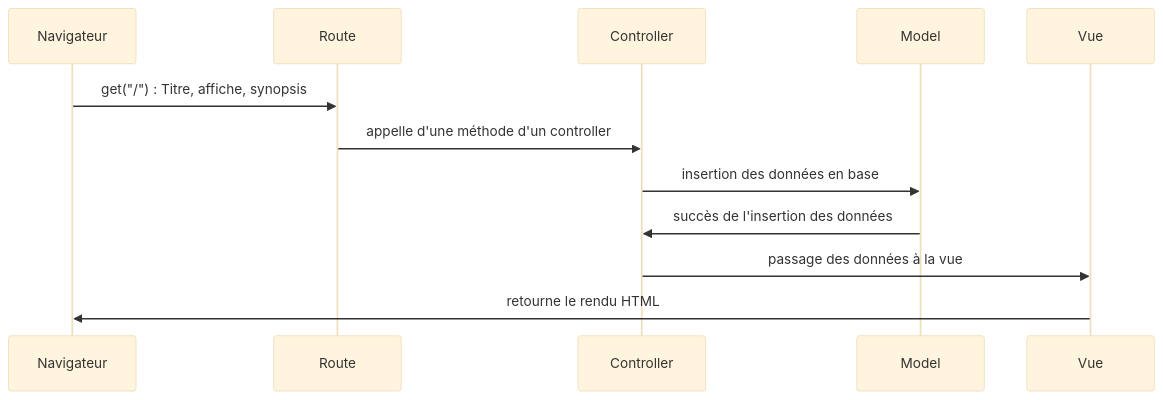
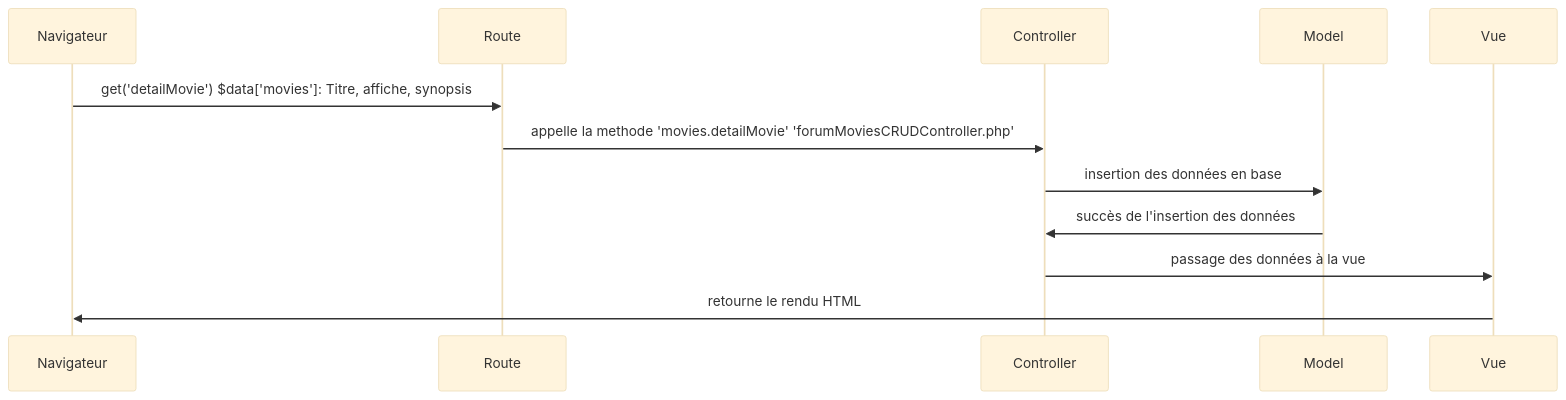
Before and after one commit to Colossus1985/Sprint-07: the third of 5 diagrams in README.md, drawn with Mermaid (base theme). The commit also changed other lines of this file and 1 other file, not shown here.

Commit message:
mis a jour uml

````diff
--- a/README.md
+++ b/README.md
@@ -60,16 +41,16 @@
 ```mermaid
 sequenceDiagram
 participant Navigateur
 participant Route
 participant Controller
 participant Model
 participant Vue
 
-Navigateur->>Route: get("/") : Titre, affiche, synopsis
-Route->>Controller: appelle d'une méthode d'un controller
+Navigateur->>Route: get('detailMovie') $data['movies']: Titre, affiche, synopsis
+Route->>Controller: appelle la methode 'movies.detailMovie' 'forumMoviesCRUDController.php'
 Controller->>Model: insertion des données en base
 Model->>Controller: succès de l'insertion des données
 Controller->>Vue: passage des données à la vue
 Vue->>Navigateur: retourne le rendu HTML
 
 ```
````
